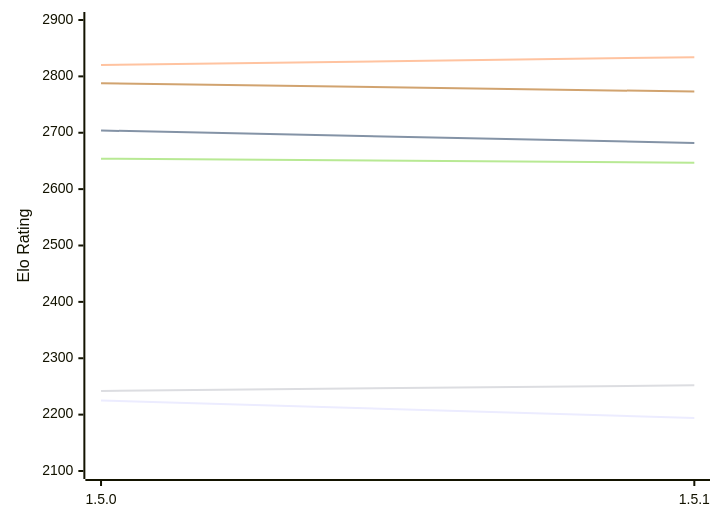
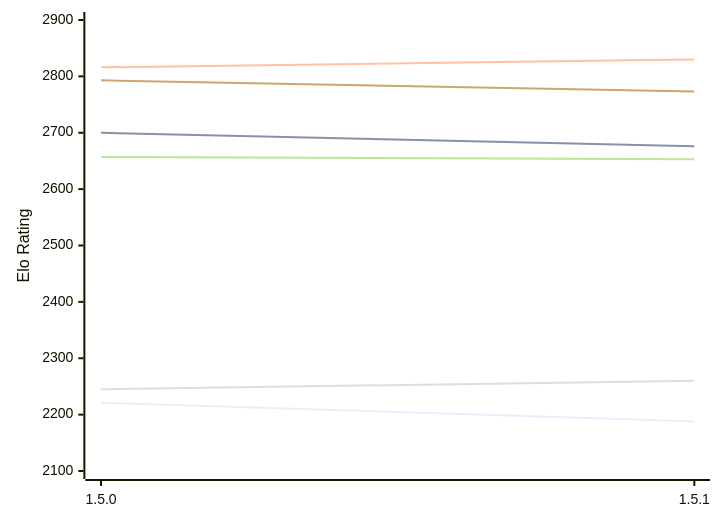
The first of 2 diagrams in engines/Coco.md (computer-chess-index/cci), drawn with Mermaid before and after one commit. The commit also changed other lines of this file, not shown here.

Commit message:
Update CCI Ratings (ELO VLTC) - 2026-11-21

````diff
--- a/engines/Coco.md
+++ b/engines/Coco.md
@@ -50,12 +50,12 @@
 ```mermaid
 %%{init: {"theme":"base","themeVariables":{"seriesColors:['#a3a3a3','#222221','#faa371']}}}%%
 xychart-beta
   x-axis ["1.5.0", "1.5.1"]
   y-axis "Elo Rating" 2100 --> 2900
-  line "E1: STC (8.0+0.08s)" [2225, 2194]
-  line "E1: LTC (60.0+0.60s)" [2704, 2682]
-  line "E1: VLTC (2m24s+1.12s)" [2820, 2834]
-  line "P1: STC (8.0+0.08s)" [2242, 2252]
-  line "P1: LTC (60.0+0.60s)" [2654, 2647]
-  line "P1: VLTC (2m24s+1.12s)" [2788, 2773]
+  line "E1: STC (8.0+0.08s)" [2221, 2188]
+  line "E1: LTC (60.0+0.60s)" [2700, 2676]
+  line "E1: VLTC (2m24s+1.12s)" [2816, 2830]
+  line "P1: STC (8.0+0.08s)" [2245, 2260]
+  line "P1: LTC (60.0+0.60s)" [2657, 2653]
+  line "P1: VLTC (2m24s+1.12s)" [2793, 2773]
 ```
````
